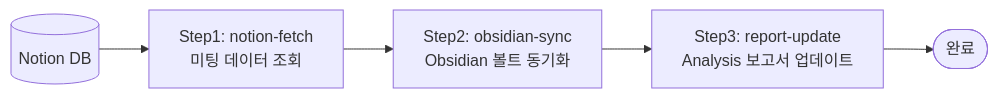
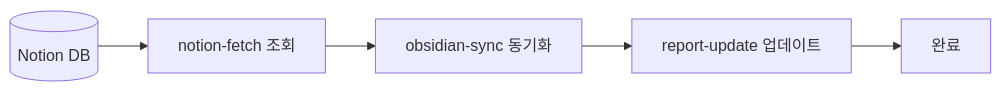
Before and after one commit to pandol69kim-bot/gitautopipe: the third of 7 diagrams in docs/FLOW CHART.md, drawn with Mermaid. The commit also changed other lines of this file and 5 other files, not shown here.

Commit message:
feat: Add new diagrams and update existing documentation for improved clarity and Mermaid compatibility

````diff
--- a/docs/FLOW CHART.md
+++ b/docs/FLOW CHART.md
@@ -56,7 +56,7 @@
 ```mermaid
 flowchart LR
-    NotionDB[(Notion DB)] --> Step1[Step1: notion-fetch\n미팅 데이터 조회]
-    Step1 --> Step2[Step2: obsidian-sync\nObsidian 볼트 동기화]
-    Step2 --> Step3[Step3: report-update\nAnalysis 보고서 업데이트]
-    Step3 --> Done([완료])
+    NotionDB[(Notion DB)] --> Step1[notion-fetch 조회]
+    Step1 --> Step2[obsidian-sync 동기화]
+    Step2 --> Step3[report-update 업데이트]
+    Step3 --> Done[완료]
 ```
````
